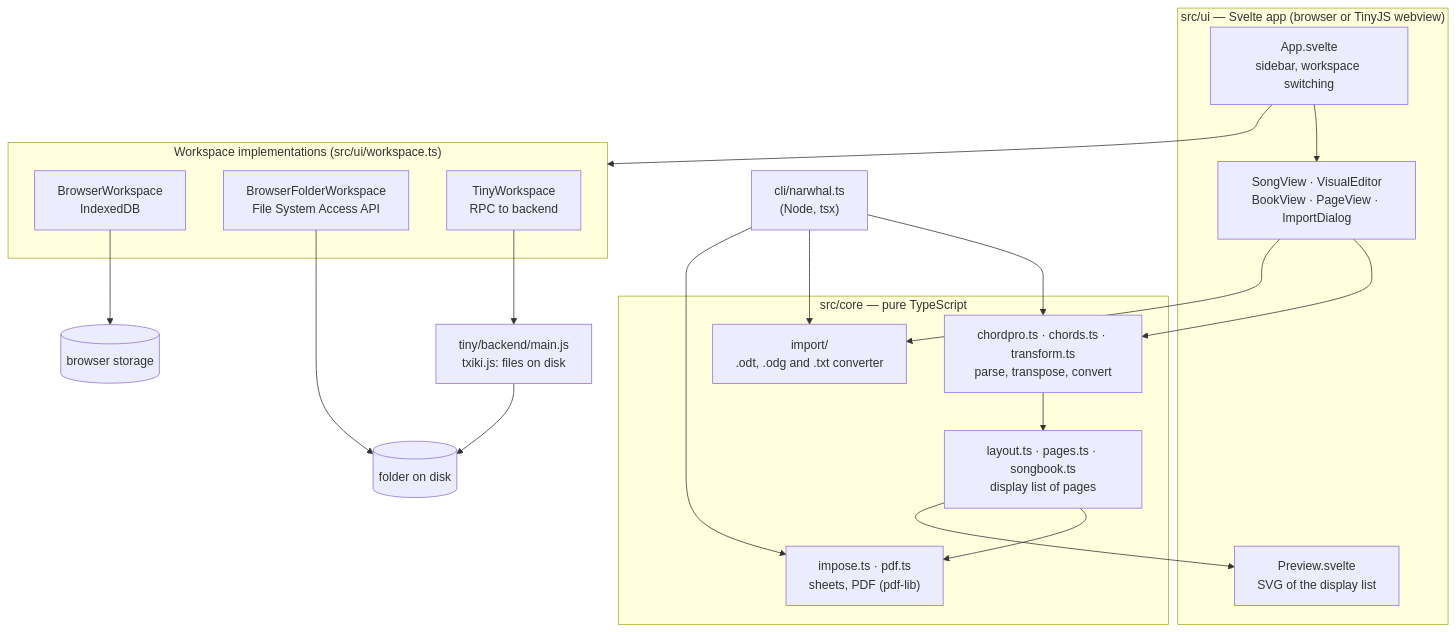
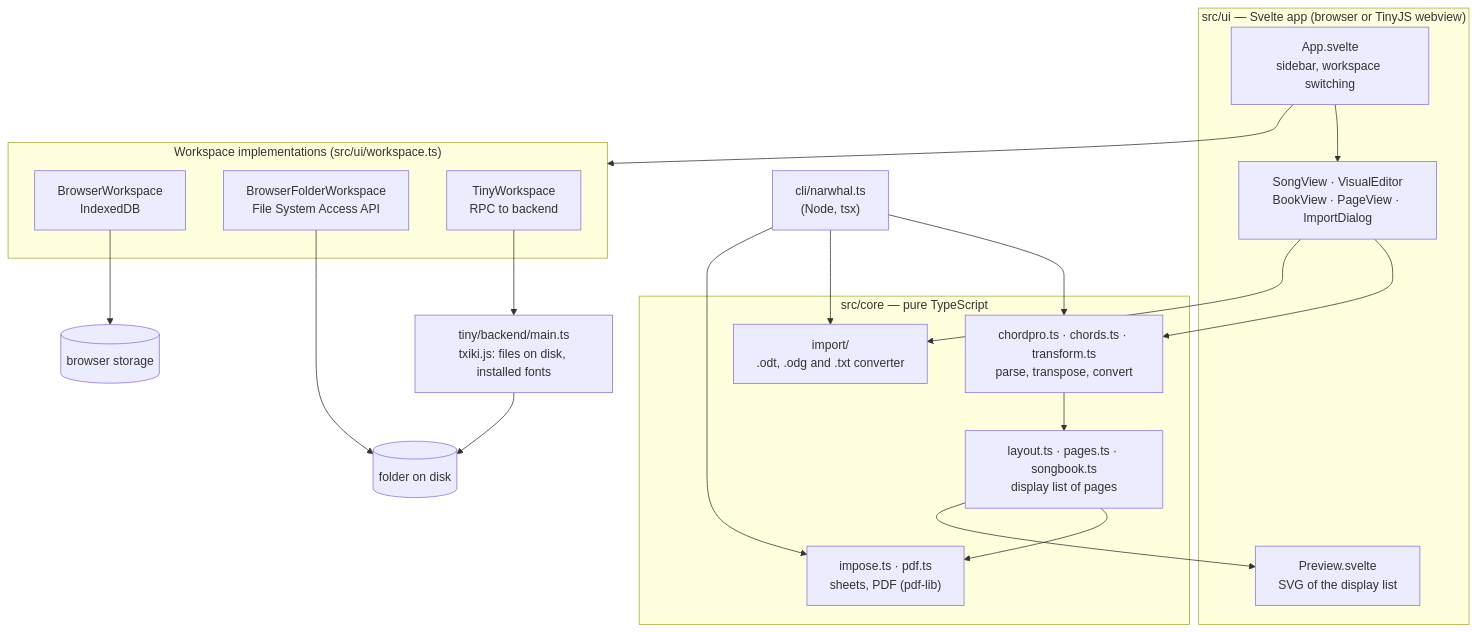
One commit to piero/singing-narwhal changed the diagram in docs/TECHNICAL.md. Above: the diagram before and after it, drawn with Mermaid. The commit also changed other lines of this file and 36 other files, not shown here.

````diff
--- a/docs/TECHNICAL.md
+++ b/docs/TECHNICAL.md
@@ -15,38 +15,38 @@
 ```mermaid
 flowchart TB
   subgraph UI["src/ui — Svelte app (browser or TinyJS webview)"]
     App["App.svelte<br/>sidebar, workspace switching"]
     Editors["SongView · VisualEditor<br/>BookView · PageView · ImportDialog"]
     Preview["Preview.svelte<br/>SVG of the display list"]
   end
 
   subgraph Core["src/core — pure TypeScript"]
     Parse["chordpro.ts · chords.ts · transform.ts<br/>parse, transpose, convert"]
     Layout["layout.ts · pages.ts · songbook.ts<br/>display list of pages"]
     Out["impose.ts · pdf.ts<br/>sheets, PDF (pdf-lib)"]
     Import["import/<br/>.odt, .odg and .txt converter"]
   end
 
   CLI["cli/narwhal.ts<br/>(Node, tsx)"]
 
   subgraph Storage["Workspace implementations (src/ui/workspace.ts)"]
     BW["BrowserWorkspace<br/>IndexedDB"]
     FW["BrowserFolderWorkspace<br/>File System Access API"]
     TW["TinyWorkspace<br/>RPC to backend"]
   end
 
-  Backend["tiny/backend/main.js<br/>txiki.js: files on disk"]
+  Backend["tiny/backend/main.ts<br/>txiki.js: files on disk, installed fonts"]
   Disk[("folder on disk")]
   IDB[("browser storage")]
 
   App --> Editors --> Parse --> Layout --> Out
   Layout --> Preview
   Editors --> Import
   App --> Storage
   BW --> IDB
   FW --> Disk
   TW --> Backend --> Disk
   CLI --> Parse
   CLI --> Import
   CLI --> Out
 ```
````
